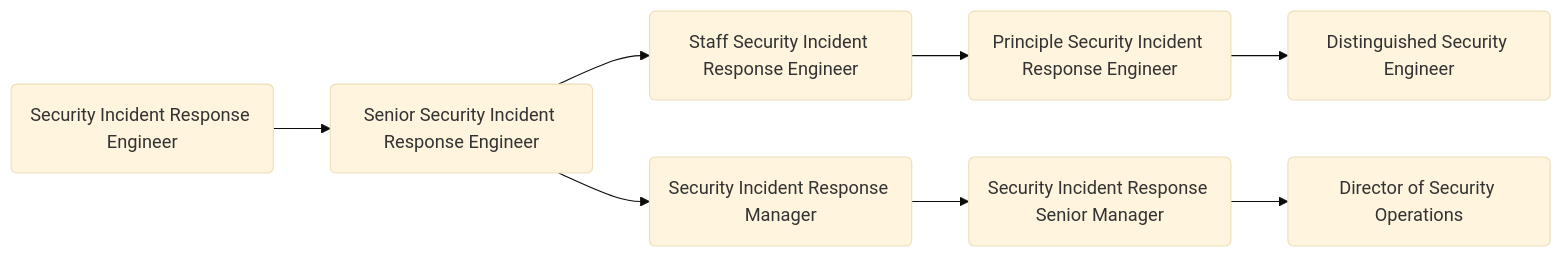
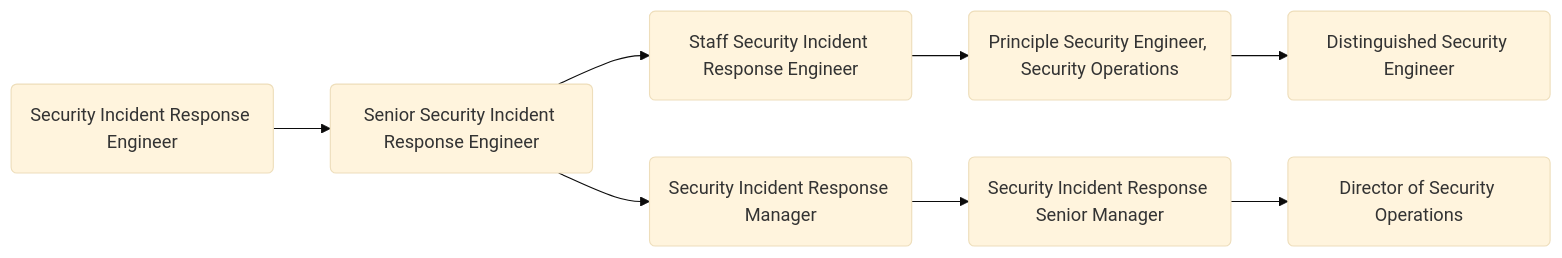
The diagram in content/job-families/security/security-incident-response-team.md (zalyoung/gitlab-handbook), drawn with Mermaid (base theme) before and after one commit.

````diff
--- a/content/job-families/security/security-incident-response-team.md
+++ b/content/job-families/security/security-incident-response-team.md
@@ -203,10 +203,10 @@
 ```mermaid
   graph LR;
   sec:se(Security Incident Response Engineer)-->sec:sse(Senior Security Incident Response Engineer);
   sec:sse(Senior Security Incident Response Engineer)-->sec:stse(Staff Security Incident Response Engineer);
   sec:stse(Staff Security Incident Response Engineer)-->sec:pse(Principle Security Engineer, Security Operations);
-  sec:pse(Principle Security Incident Response Engineer)-->sec:dse(Distinguished Security Engineer);
+  sec:pse(Principle Security Engineer, Security Operations)-->sec:dse(Distinguished Security Engineer);
   sec:sse(Senior Security Incident Response Engineer)-->sec:sem(Security Incident Response Manager);
   sec:sem(Security Incident Response Manager)-->sec:sesm(Security Incident Response Senior Manager);
   sec:sesm(Security Incident Response Senior Manager)-->sec:ds(Director of Security Operations);
 ```
````
